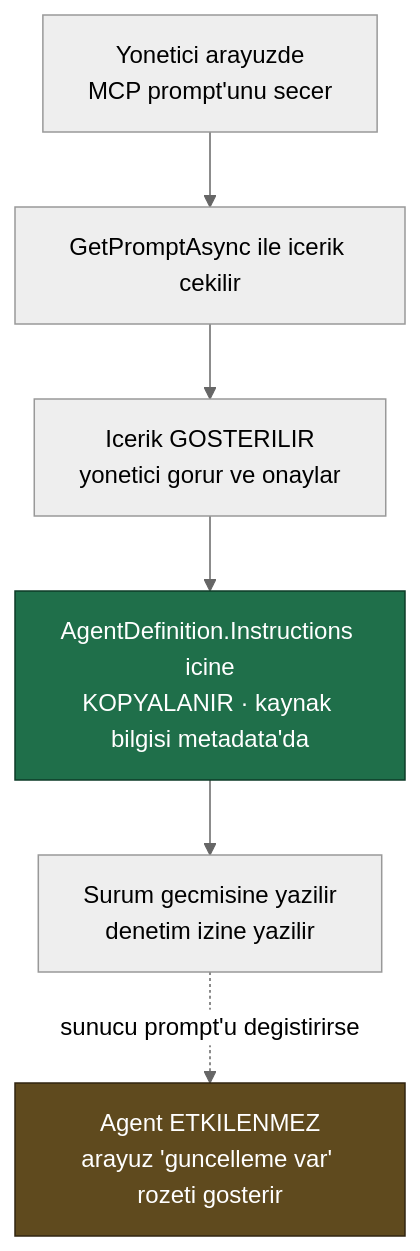
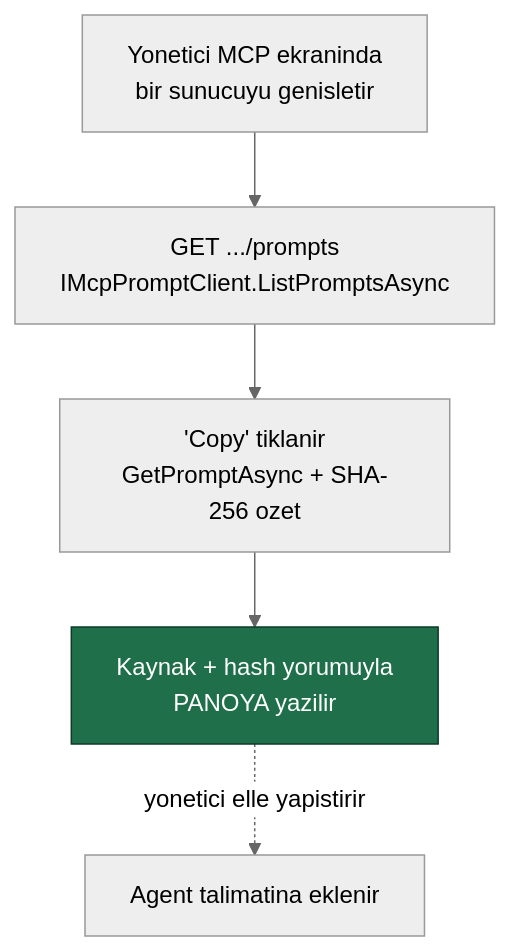
One commit to farukatasoy/Tracon changed the first of 2 diagrams in docs/22-MCP-DERINLESMESI.md. Above: the diagram before and after it, drawn with Mermaid (neutral theme). The commit also changed other lines of this file and 52 other files, not shown here.

````diff
--- a/docs/22-MCP-DERINLESMESI.md
+++ b/docs/22-MCP-DERINLESMESI.md
@@ -87,11 +127,9 @@
 ```mermaid
 flowchart TD
-    U["Yonetici arayuzde<br/>MCP prompt'unu secer"] --> F["GetPromptAsync ile icerik cekilir"]
-    F --> P["Icerik GOSTERILIR<br/>yonetici gorur ve onaylar"]
-    P --> S["AgentDefinition.Instructions icine<br/>KOPYALANIR · kaynak bilgisi metadata'da"]
-    S --> V["Surum gecmisine yazilir<br/>denetim izine yazilir"]
-    V -.->|"sunucu prompt'u degistirirse"| N["Agent ETKILENMEZ<br/>arayuz 'guncelleme var' rozeti gosterir"]
+    U["Yonetici MCP ekraninda<br/>bir sunucuyu genisletir"] --> L["GET .../prompts<br/>IMcpPromptClient.ListPromptsAsync"]
+    L --> C["'Copy' tiklanir<br/>GetPromptAsync + SHA-256 ozet"]
+    C --> P["Kaynak + hash yorumuyla<br/>PANOYA yazilir"]
+    P -.->|"yonetici elle yapistirir"| A["Agent talimatina eklenir"]
 
-    style S fill:#1f6f4a,stroke:#0d3b27,color:#ffffff
-    style N fill:#5f4a1e,stroke:#302510,color:#ffffff
+    style P fill:#1f6f4a,stroke:#0d3b27,color:#ffffff
 ```
````
